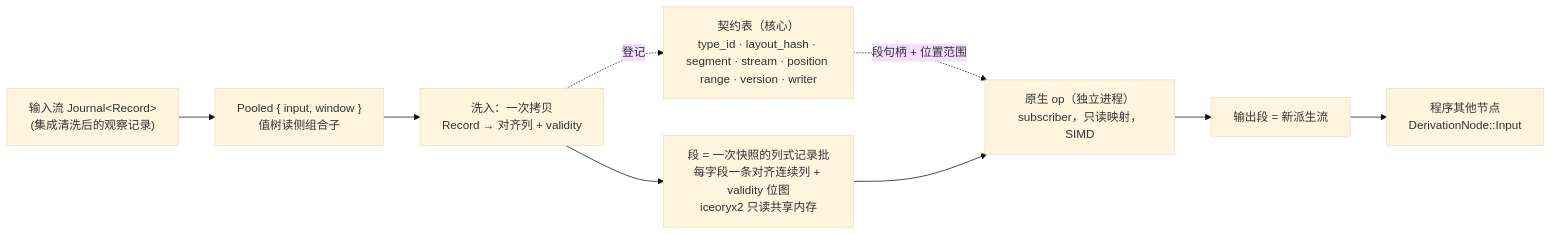
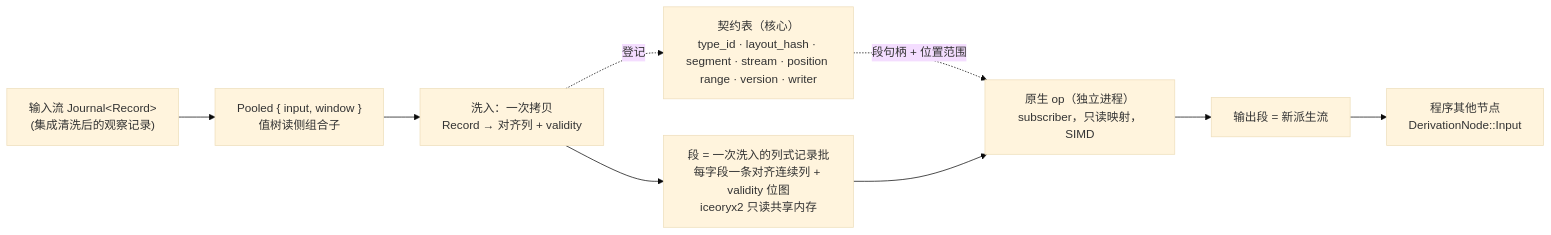
Before and after one commit to mouriya-s-lab/uta: the diagram in design/hpc-derivation/design.md, drawn with Mermaid (base theme). The commit also changed other lines of this file and 1 other file, not shown here.

````diff
--- a/design/hpc-derivation/design.md
+++ b/design/hpc-derivation/design.md
@@ -7,15 +7,15 @@
 ```mermaid
 flowchart LR
   IN["输入流 Journal&lt;Record&gt;<br/>(集成清洗后的观察记录)"]
   POOLED["Pooled { input, window }<br/>值树读侧组合子"]
   WASH["洗入：一次拷贝<br/>Record → 对齐列 + validity"]
-  SEG["段 = 一次快照的列式记录批<br/>每字段一条对齐连续列 + validity 位图<br/>iceoryx2 只读共享内存"]
+  SEG["段 = 一次洗入的列式记录批<br/>每字段一条对齐连续列 + validity 位图<br/>iceoryx2 只读共享内存"]
   TBL["契约表（核心）<br/>type_id · layout_hash · segment · stream · position range · version · writer"]
   OP["原生 op（独立进程）<br/>subscriber，只读映射，SIMD"]
   OUT["输出段 = 新派生流"]
   PROG["程序其他节点<br/>DerivationNode::Input"]
   IN --> POOLED --> WASH --> SEG
   WASH -.登记.-> TBL
   TBL -.段句柄 + 位置范围.-> OP
   SEG --> OP --> OUT --> PROG
 ```
````
